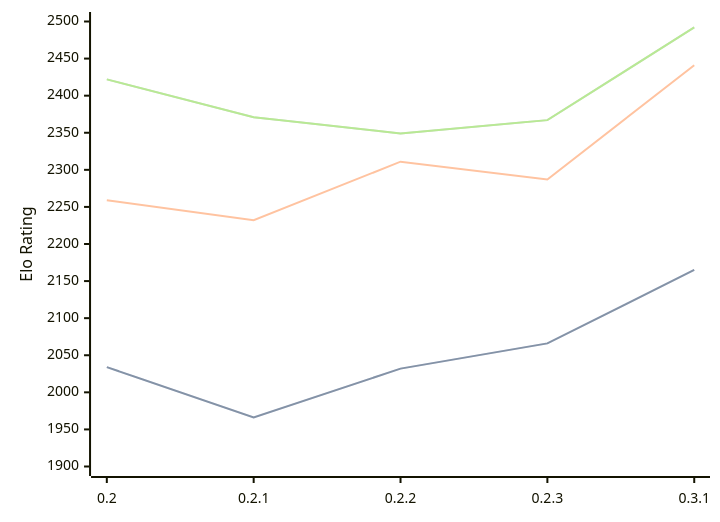
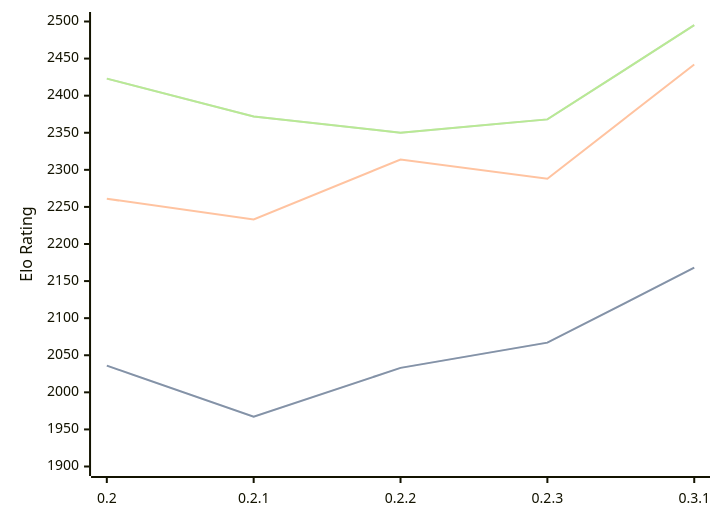
The diagram in engines/Lolbot.md (computer-chess-index/cci), drawn with Mermaid before and after one commit. The commit also changed other lines of this file, not shown here.

Commit message:
Update CCI Ratings (ELO VLTC) - 2026-05-16

````diff
--- a/engines/Lolbot.md
+++ b/engines/Lolbot.md
@@ -36,11 +36,11 @@
 ```mermaid
 %%{init: {"theme":"base","themeVariables":{"seriesColors:['#a3a3a3','#222221','#faa371']}}}%%
 xychart-beta
   x-axis ["0.2", "0.2.1", "0.2.2", "0.2.3", "0.3.1"]
   y-axis "Elo Rating" 1900 --> 2500
-  line "STC (8.0+0.08s)" [2034, 1966, 2032, 2066, 2165]
-  line "STC (8.0+0.08s)" [2034, 1966, 2032, 2066, 2165]
-  line "LTC (60.0+0.60s)" [2259, 2232, 2311, 2287, 2441]
-  line "VLTC (2m24s+1.12s)" [2422, 2371, 2349, 2367, 2492]
-  line "VLTC (2m24s+1.12s)" [2422, 2371, 2349, 2367, 2492]
+  line "STC (8.0+0.08s)" [2036, 1967, 2033, 2067, 2168]
+  line "STC (8.0+0.08s)" [2036, 1967, 2033, 2067, 2168]
+  line "LTC (60.0+0.60s)" [2261, 2233, 2314, 2288, 2442]
+  line "VLTC (2m24s+1.12s)" [2423, 2372, 2350, 2368, 2495]
+  line "VLTC (2m24s+1.12s)" [2423, 2372, 2350, 2368, 2495]
 ```
````
